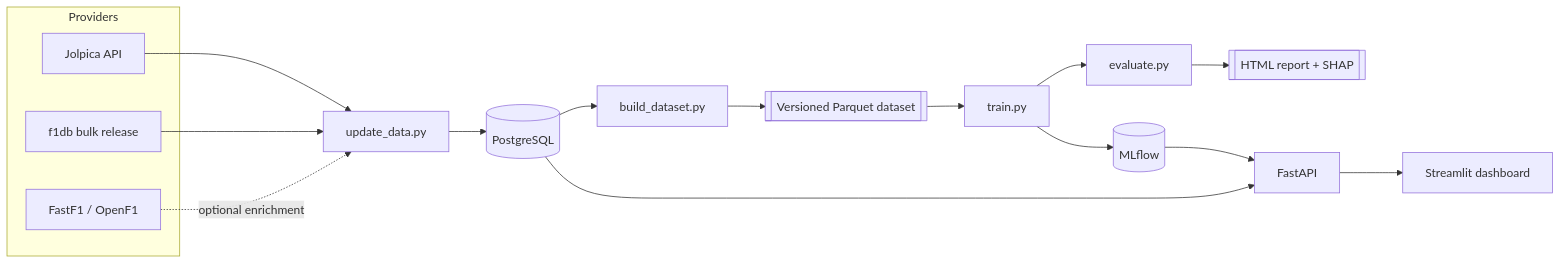
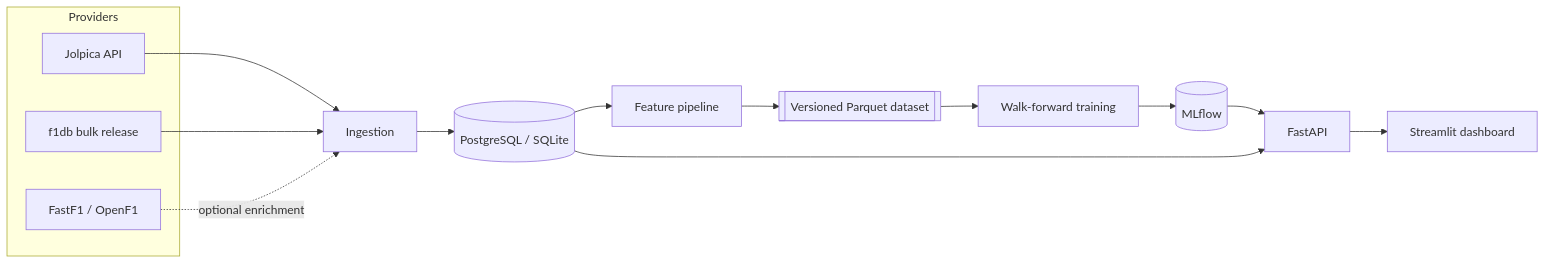
One commit to AntonioLoLa/f1-champion-predictor changed the diagram in README.md. Above: the diagram before and after it, drawn with Mermaid. The commit also changed other lines of this file and 2 other files, not shown here.

````diff
--- a/README.md
+++ b/README.md
@@ -137,24 +108,22 @@
 ```mermaid
 flowchart LR
     subgraph Providers
         JOL[Jolpica API]
         F1DB[f1db bulk release]
         FF1[FastF1 / OpenF1]
     end
 
-    JOL --> ING[update_data.py]
+    JOL --> ING[Ingestion]
     F1DB --> ING
     FF1 -. optional enrichment .-> ING
-    ING --> PG[(PostgreSQL)]
+    ING --> DB[(PostgreSQL / SQLite)]
 
-    PG --> DS[build_dataset.py]
+    DB --> DS[Feature pipeline]
     DS --> PARQUET[[Versioned Parquet dataset]]
-    PARQUET --> TR[train.py]
+    PARQUET --> TR[Walk-forward training]
     TR --> MLF[(MLflow)]
-    TR --> EV[evaluate.py]
-    EV --> REPORT[[HTML report + SHAP]]
 
     MLF --> API[FastAPI]
-    PG --> API
+    DB --> API
     API --> DASH[Streamlit dashboard]
 ```
````
